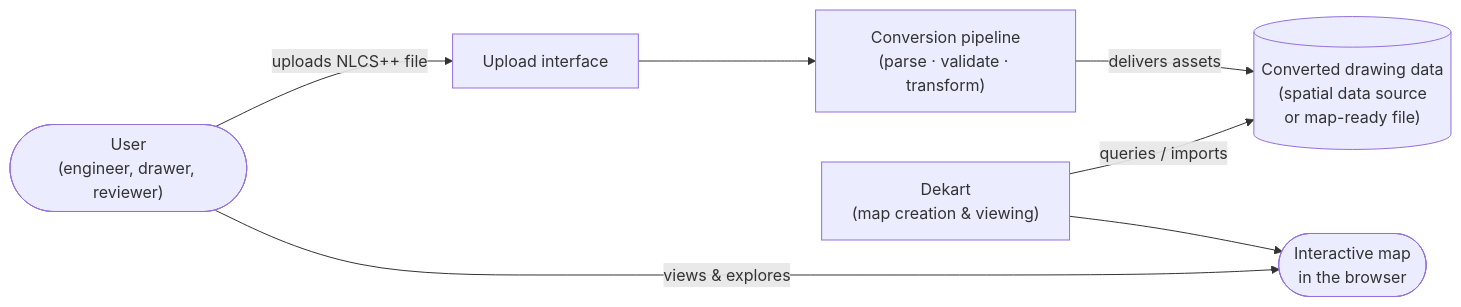
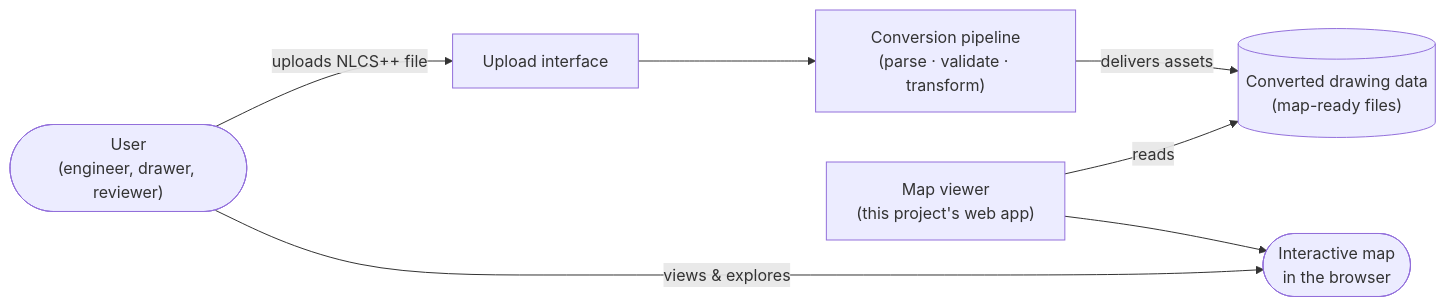
One commit to Peterie/NLCSWebViewer changed the diagram in docs/spec/01-overview.md. Above: the diagram before and after it, drawn with Mermaid. The commit also changed other lines of this file and 8 other files, not shown here.

````diff
--- a/docs/spec/01-overview.md
+++ b/docs/spec/01-overview.md
@@ -36,16 +34,16 @@
 ```mermaid
 flowchart LR
     user(["User<br/>(engineer, drawer, reviewer)"])
     upload["Upload interface"]
     convert["Conversion pipeline<br/>(parse · validate · transform)"]
-    store[("Converted drawing data<br/>(spatial data source<br/>or map-ready file)")]
-    dekart["Dekart<br/>(map creation & viewing)"]
+    store[("Converted drawing data<br/>(map-ready files)")]
+    viewer["Map viewer<br/>(this project's web app)"]
     map(["Interactive map<br/>in the browser"])
 
     user -- "uploads NLCS++ file" --> upload
     upload --> convert
     convert -- "delivers assets" --> store
-    dekart -- "queries / imports" --> store
-    dekart --> map
+    viewer -- "reads" --> store
+    viewer --> map
     user -- "views & explores" --> map
 ```
````
